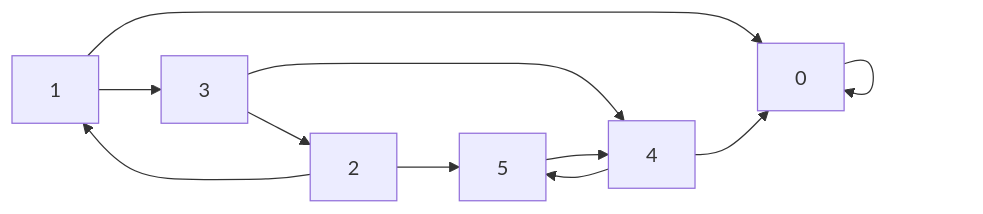
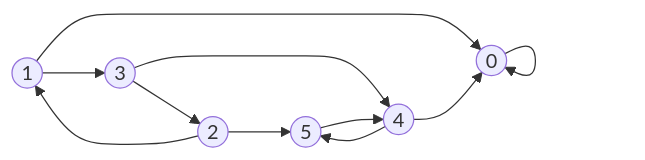
Before and after one commit to boddaert/nsi: the second of 2 diagrams in terminale/Structures_de_données/Structures_relationnelles_de_données/Graphes.md, drawn with Mermaid. The commit also changed other lines of this file, not shown here.

````diff
--- a/terminale/Structures_de_données/Structures_relationnelles_de_données/Graphes.md
+++ b/terminale/Structures_de_données/Structures_relationnelles_de_données/Graphes.md
@@ -169,13 +169,13 @@
 ```mermaid
     flowchart LR
-        0 --> 0
-        1 --> 0
-        1 --> 3
-        2 --> 1
-        2 --> 5
-        3 --> 2
-        3 --> 4
-        4 --> 0
-        4 --> 5
-        5 --> 4
+        id0((0)) --> id0((0))
+        id1((1)) --> id0((0))
+        id1((1)) --> id3((3))
+        id2((2)) --> id1((1))
+        id2((2)) --> id5((5))
+        id3((3)) --> id2((2))
+        id3((3)) --> id4((4))
+        id4((4)) --> id0((0))
+        id4((4)) --> id5((5))
+        id5((5)) --> id4((4))
 ```
````
